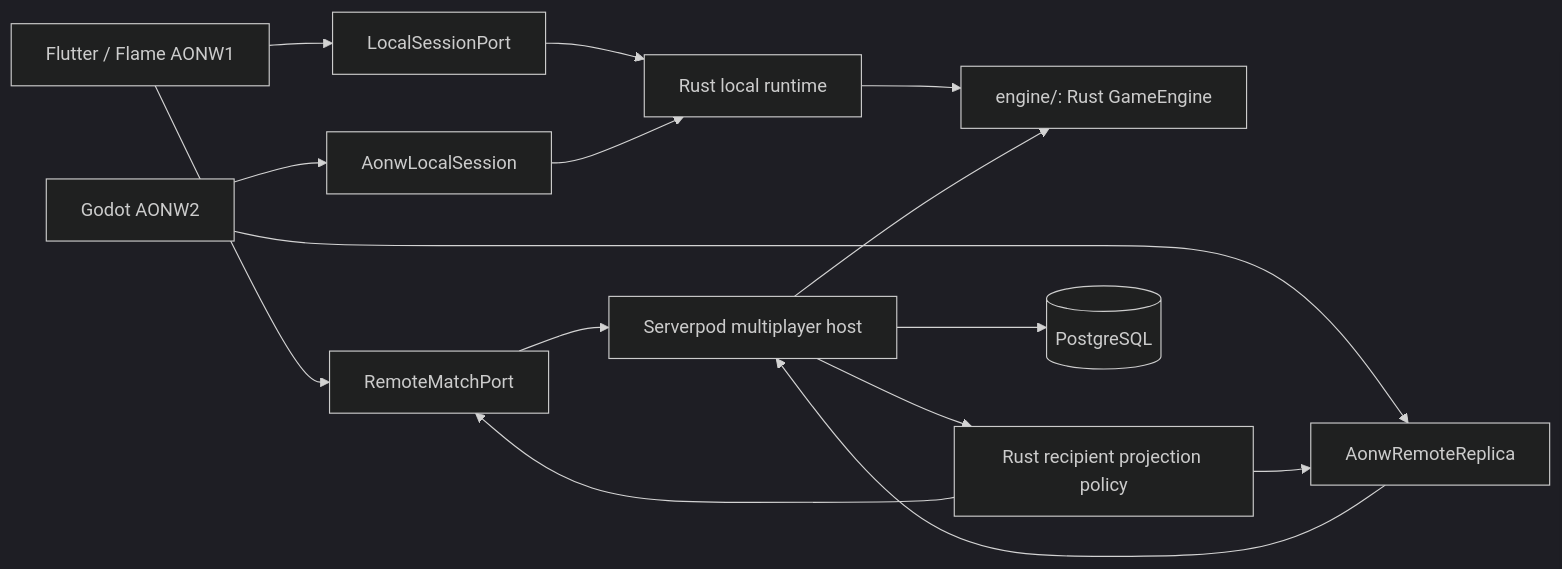
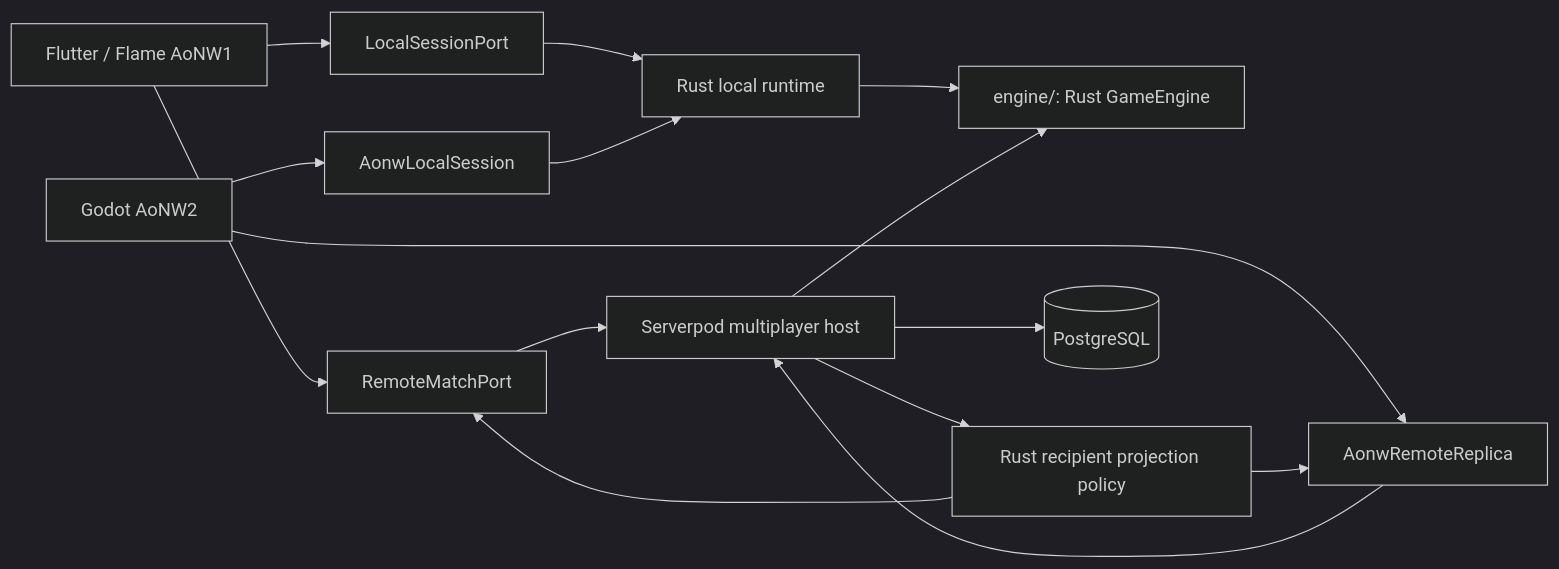
Before and after one commit to ernestwisniewski/aonw: the first of 2 diagrams in docs/rust-engine-migration.md, drawn with Mermaid (dark theme). The commit also changed other lines of this file and 66 other files, not shown here.

````diff
--- a/docs/rust-engine-migration.md
+++ b/docs/rust-engine-migration.md
@@ -60,21 +60,21 @@
 ```mermaid
 flowchart LR
-  Flutter["Flutter / Flame AONW1"]
-  Godot["Godot AONW2"]
+  Flutter["Flutter / Flame AoNW1"]
+  Godot["Godot AoNW2"]
 
   Flutter --> FlutterLocal["LocalSessionPort"]
   Godot --> GodotLocal["AonwLocalSession"]
   FlutterLocal --> Local["Rust local runtime"]
   GodotLocal --> Local
   Local --> Engine["engine/: Rust GameEngine"]
 
   Flutter --> FlutterRemote["RemoteMatchPort"]
   Godot --> GodotRemote["AonwRemoteReplica"]
   FlutterRemote --> Server["Serverpod multiplayer host"]
   GodotRemote --> Server
   Server --> Engine
   Server --> Projection["Rust recipient projection policy"]
   Projection --> FlutterRemote
   Projection --> GodotRemote
   Server --> Database[("PostgreSQL")]
 ```
````
